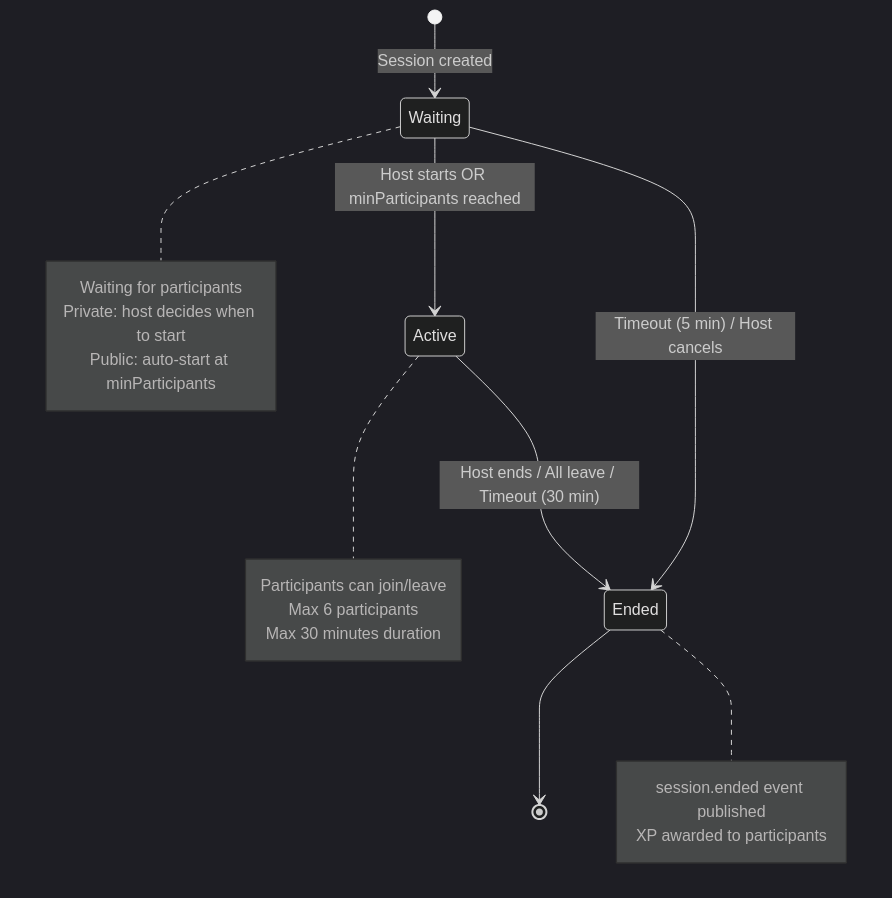
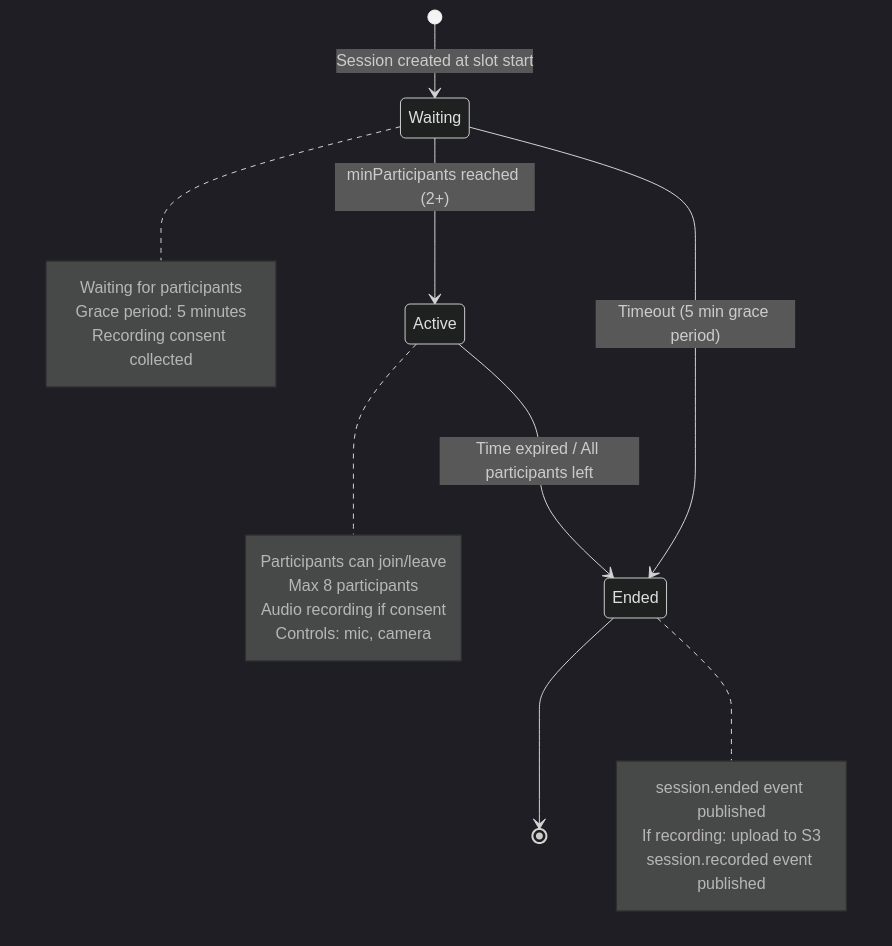
One commit to we-speak-org/wespeak-specifications changed the fourth of 6 diagrams in 03-conversation-service/DIAGRAMS.md. Above: the diagram before and after it, drawn with Mermaid (dark theme). The commit also changed other lines of this file and 15 other files, not shown here.

````diff
--- a/03-conversation-service/DIAGRAMS.md
+++ b/03-conversation-service/DIAGRAMS.md
@@ -183,28 +158,30 @@
 ```mermaid
 stateDiagram-v2
-    [*] --> Waiting: Session created
+    [*] --> Waiting: Session created at slot start
     
-    Waiting --> Active: Host starts OR minParticipants reached
-    Waiting --> Ended: Timeout (5 min) / Host cancels
+    Waiting --> Active: minParticipants reached (2+)
+    Waiting --> Ended: Timeout (5 min grace period)
     
-    Active --> Ended: Host ends / All leave / Timeout (30 min)
+    Active --> Ended: Time expired / All participants left
     
     Ended --> [*]
     
     note right of Waiting
         Waiting for participants
-        Private: host decides when to start
-        Public: auto-start at minParticipants
+        Grace period: 5 minutes
+        Recording consent collected
     end note
     
     note right of Active
         Participants can join/leave
-        Max 6 participants
-        Max 30 minutes duration
+        Max 8 participants
+        Audio recording if consent
+        Controls: mic, camera
     end note
     
     note right of Ended
         session.ended event published
-        XP awarded to participants
+        If recording: upload to S3
+        session.recorded event published
     end note
 ```
````
